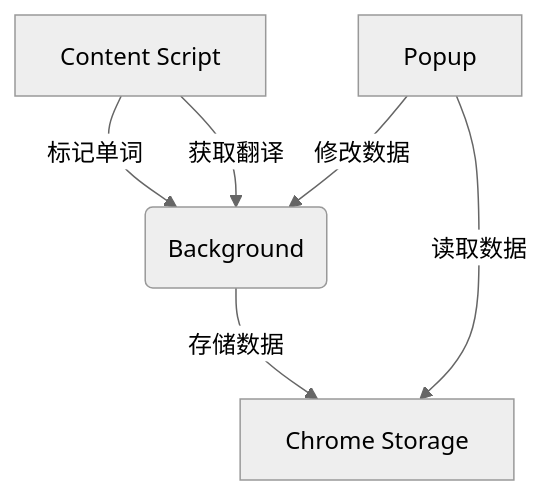
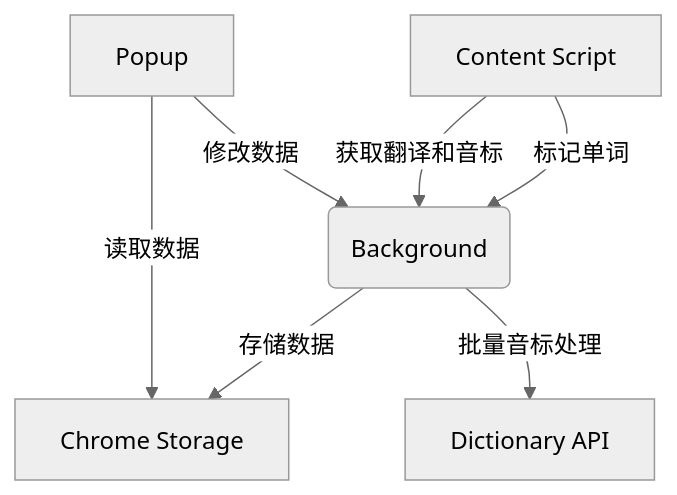
The diagram in README.md (shixiuhai/chrome_english_study_crx), drawn with Mermaid (neutral theme) before and after one commit. The commit also changed other lines of this file and 2 other files, not shown here.

````diff
--- a/README.md
+++ b/README.md
@@ -39,8 +43,9 @@
 ```mermaid
 graph TD
     A[Content Script] -->|标记单词| B(Background)
-    A -->|获取翻译| B
+    A -->|获取翻译和音标| B
     B -->|存储数据| C[Chrome Storage]
     D[Popup] -->|读取数据| C
     D -->|修改数据| B
+    B -->|批量音标处理| E[Dictionary API]
 ```
````
